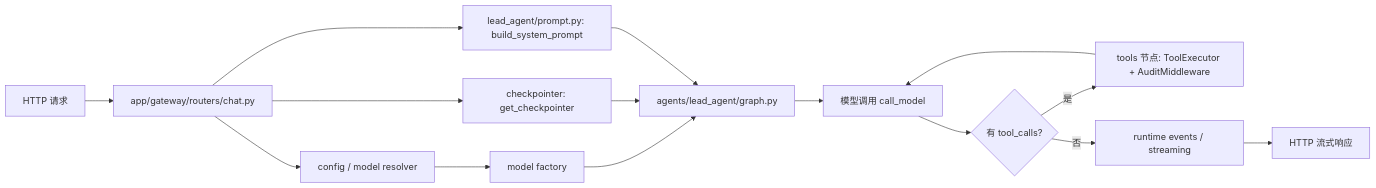
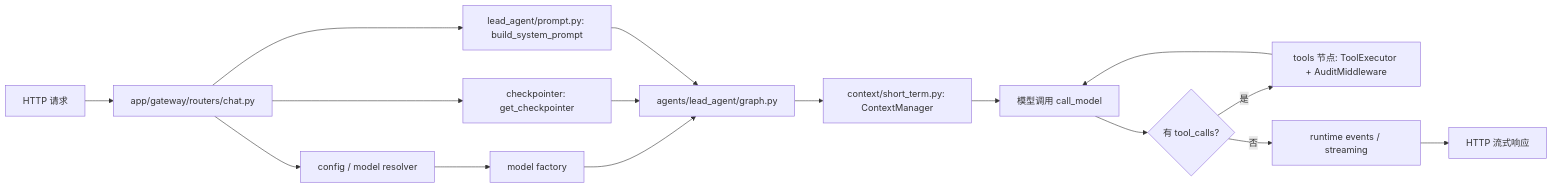
One commit to G0-000/my-agent-flow changed the first of 2 diagrams in backend/packages/harness/myagentflow/代码结构导览.md. Above: the diagram before and after it, drawn with Mermaid. The commit also changed other lines of this file and 9 other files, not shown here.

````diff
--- a/backend/packages/harness/myagentflow/代码结构导览.md
+++ b/backend/packages/harness/myagentflow/代码结构导览.md
@@ -33,17 +33,18 @@
 ```mermaid
 flowchart LR
   U[HTTP 请求] --> GW[app/gateway/routers/chat.py]
   GW --> CFG[config / model resolver]
   CFG --> FAC[model factory]
   FAC --> G[agents/lead_agent/graph.py]
   GW --> CP[checkpointer: get_checkpointer]
   CP --> G
   GW --> P[lead_agent/prompt.py: build_system_prompt]
   P --> G
-  G --> M[模型调用 call_model]
+  G --> CTX[context/short_term.py: ContextManager]
+  CTX --> M[模型调用 call_model]
   M --> T{有 tool_calls?}
   T -- 是 --> TR[tools 节点: ToolExecutor + AuditMiddleware]
   TR --> M
   T -- 否 --> RT[runtime events / streaming]
   RT --> OUT[HTTP 流式响应]
 ```
````
